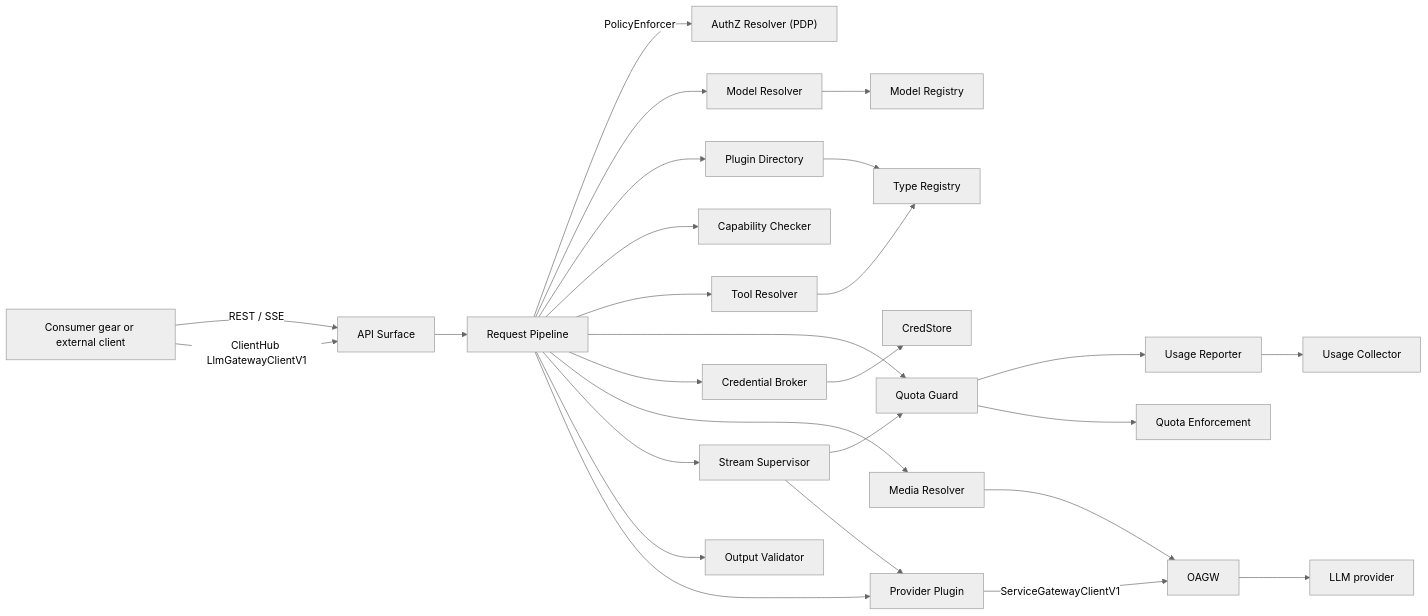
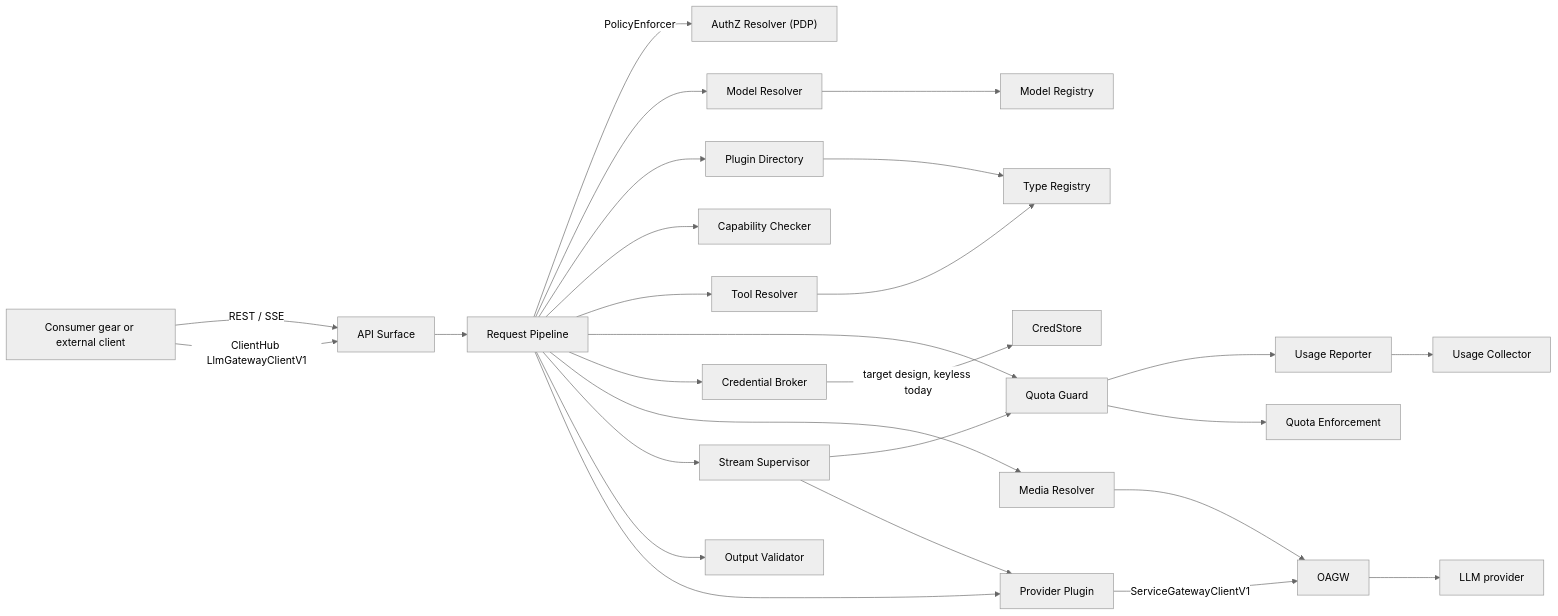
Before and after one commit to constructorfabric/gears-rust: the first of 15 diagrams in gears/llm-gateway/docs/DESIGN.md, drawn with Mermaid (neutral theme). The commit also changed other lines of this file, not shown here.

````diff
--- a/gears/llm-gateway/docs/DESIGN.md
+++ b/gears/llm-gateway/docs/DESIGN.md
@@ -257,29 +257,29 @@
 ```mermaid
 graph LR
     CONS["Consumer gear or external client"] -->|REST / SSE| API["API Surface"]
     CONS -->|ClientHub LlmGatewayClientV1| API
     API --> PIPE["Request Pipeline"]
     PIPE -->|PolicyEnforcer| AZ["AuthZ Resolver (PDP)"]
     PIPE --> MR["Model Resolver"]
     PIPE --> PDIR["Plugin Directory"]
     PIPE --> CC["Capability Checker"]
     PIPE --> TR["Tool Resolver"]
     PIPE --> QG["Quota Guard"]
     PIPE --> CB["Credential Broker"]
     PIPE --> MEDIA["Media Resolver"]
     PIPE --> SUP["Stream Supervisor"]
     PIPE --> OV["Output Validator"]
     SUP --> QG
     QG --> UR["Usage Reporter"]
     SUP --> PLUG["Provider Plugin"]
     PIPE --> PLUG
     PLUG -->|ServiceGatewayClientV1| OAGW["OAGW"]
     OAGW --> PROV["LLM provider"]
     MR --> MRG["Model Registry"]
     PDIR --> TYR["Type Registry"]
     TR --> TYR
-    CB --> CS["CredStore"]
+    CB -->|target design, keyless today| CS["CredStore"]
     QG --> QE["Quota Enforcement"]
     UR --> UC["Usage Collector"]
     MEDIA --> OAGW
 ```
````
